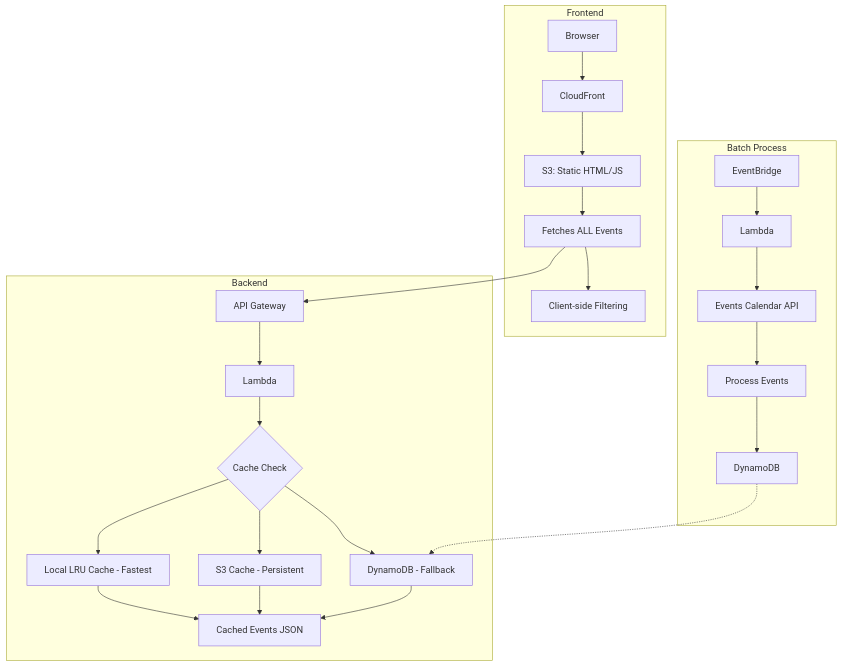
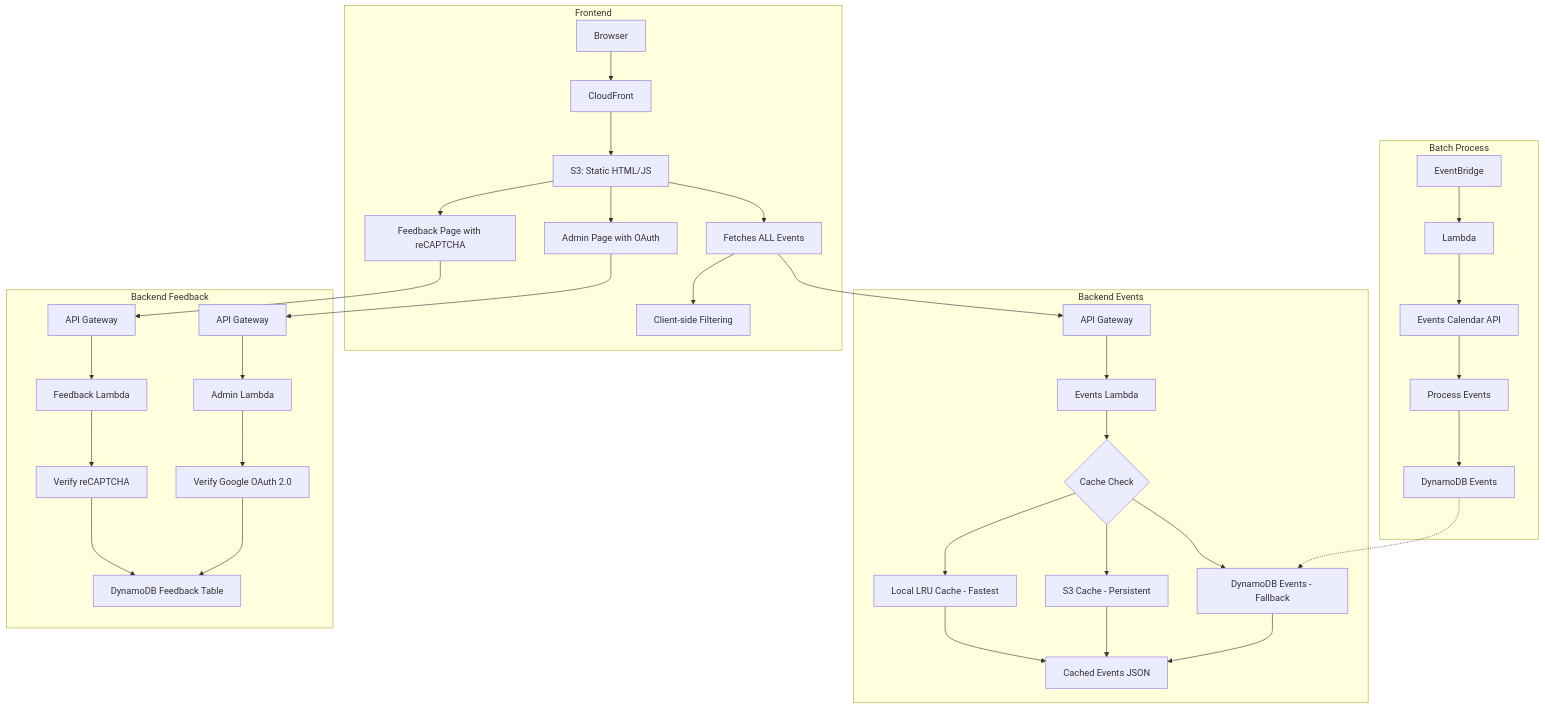
Before and after one commit to bbernstein/chq-calendar: the fourth of 8 diagrams in docs/DEVELOPMENT_HISTORY.md, drawn with Mermaid. The commit also changed other lines of this file, not shown here.

First line of the commit message:
Add comprehensive feedback system documentation to development history

````diff
--- a/docs/DEVELOPMENT_HISTORY.md
+++ b/docs/DEVELOPMENT_HISTORY.md
@@ -102,30 +102,43 @@
 ```mermaid
 graph TB
     subgraph Frontend4[Frontend]
         Browser4[Browser] --> CF4[CloudFront]
         CF4 --> S3HTML4[S3: Static HTML/JS]
         S3HTML4 --> FetchAll4[Fetches ALL Events]
         FetchAll4 --> ClientFilter4[Client-side Filtering]
+        S3HTML4 --> FeedbackPage[Feedback Page with reCAPTCHA]
+        S3HTML4 --> AdminPage[Admin Page with OAuth]
     end
 
-    subgraph Backend4[Backend]
+    subgraph Backend4[Backend Events]
         FetchAll4 --> APIGW4[API Gateway]
-        APIGW4 --> Lambda7[Lambda]
+        APIGW4 --> Lambda7[Events Lambda]
         Lambda7 --> CacheCheck{Cache Check}
         CacheCheck --> LocalCache[Local LRU Cache - Fastest]
         CacheCheck --> S3Cache[S3 Cache - Persistent]
-        CacheCheck --> DDBFallback[DynamoDB - Fallback]
+        CacheCheck --> DDBFallback[DynamoDB Events - Fallback]
         LocalCache --> CachedJSON[Cached Events JSON]
         S3Cache --> CachedJSON
         DDBFallback --> CachedJSON
+    end
+
+    subgraph Backend4Feedback[Backend Feedback]
+        FeedbackPage --> APIGW4Feedback[API Gateway]
+        AdminPage --> APIGW4Admin[API Gateway]
+        APIGW4Feedback --> Lambda7Feedback[Feedback Lambda]
+        APIGW4Admin --> Lambda7Admin[Admin Lambda]
+        Lambda7Feedback --> VerifyRecaptcha[Verify reCAPTCHA]
+        Lambda7Admin --> VerifyOAuth[Verify Google OAuth 2.0]
+        VerifyRecaptcha --> DDBFeedback[DynamoDB Feedback Table]
+        VerifyOAuth --> DDBFeedback
     end
 
     subgraph BatchProcess4[Batch Process]
         Schedule4[EventBridge] --> Lambda8[Lambda]
         Lambda8 --> EventsAPI4[Events Calendar API]
         EventsAPI4 --> Process4[Process Events]
-        Process4 --> DDB5[DynamoDB]
+        Process4 --> DDB5[DynamoDB Events]
     end
 
     DDB5 -.-> DDBFallback
 ```
````
